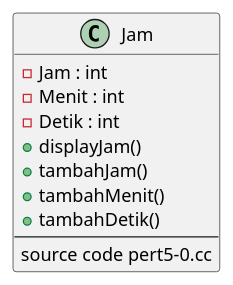
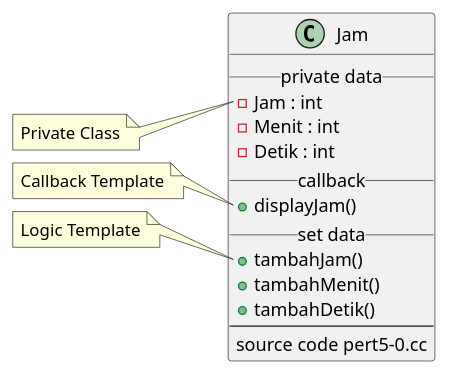
The diagram in pert5/encap.puml (djambred/pbo), drawn with PlantUML before and after one commit. The commit also changed 1 other file, not shown here.

```diff
--- a/pert5/encap.puml
+++ b/pert5/encap.puml
@@ -1,14 +1,28 @@
 @startuml encapsulation
 
 class Jam {
+    __ private data__
     - Jam : int
     - Menit : int
     - Detik : int
+    __ callback__
     + displayJam()
+    __ set data__
     + tambahJam()
     + tambahMenit()
     + tambahDetik()
     --
     source code pert5-0.cc
 }
+note left of Jam::Jam
+  Private Class
+end note
+
+note left of Jam::displayJam()
+  Callback Template
+end note
+
+note left of Jam::tambahJam()
+  Logic Template
+end note
 @enduml
```
